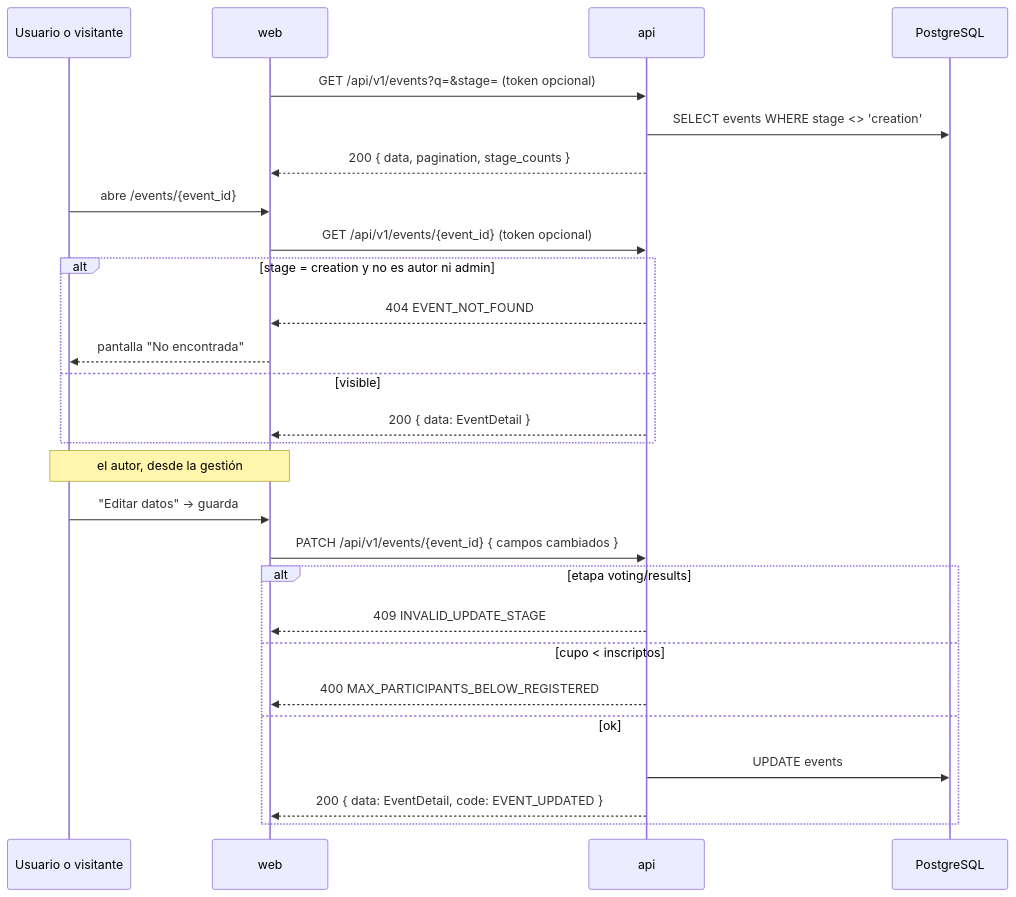
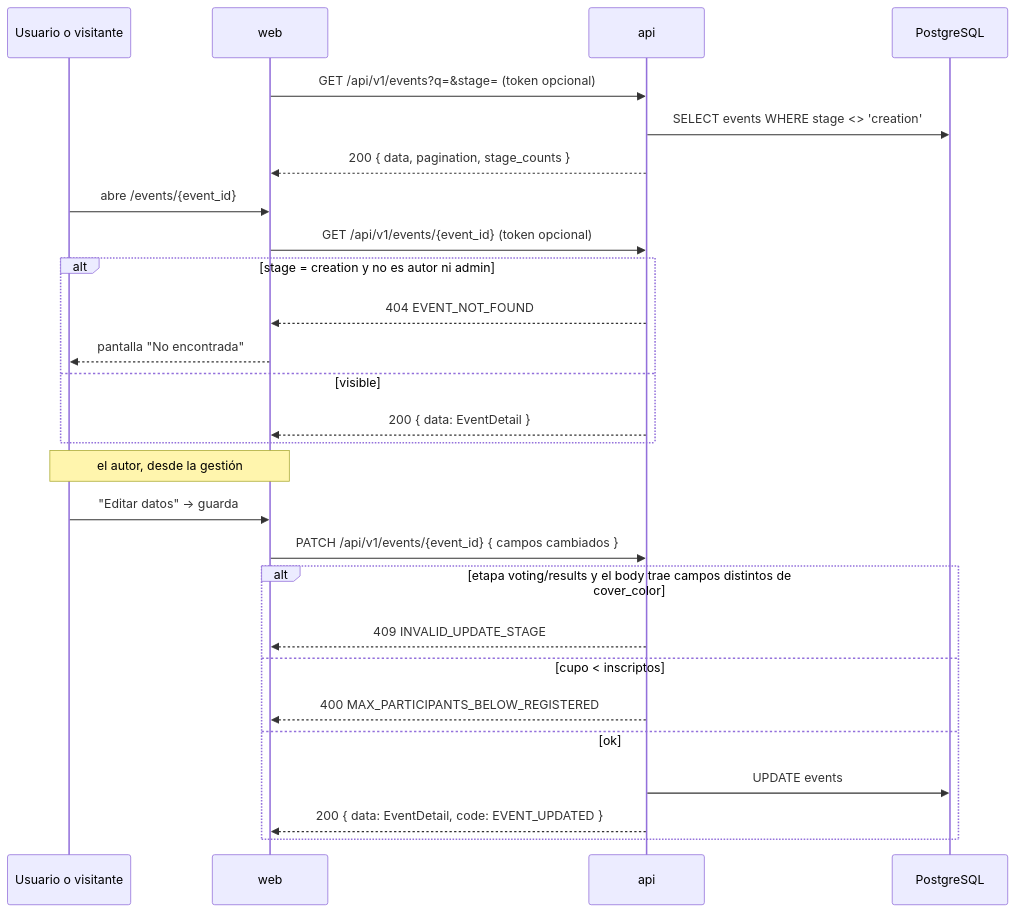
One commit to gravadigital/telescope changed the diagram in docs/flows/edicion-y-visibilidad-del-evento.md. Above: the diagram before and after it, drawn with Mermaid. The commit also changed other lines of this file and 15 other files, not shown here.

````diff
--- a/docs/flows/edicion-y-visibilidad-del-evento.md
+++ b/docs/flows/edicion-y-visibilidad-del-evento.md
@@ -36,32 +36,32 @@
 ```mermaid
 sequenceDiagram
     participant U as Usuario o visitante
     participant WEB as web
     participant API as api
     participant DB as PostgreSQL
 
     WEB->>API: GET /api/v1/events?q=&stage= (token opcional)
     API->>DB: SELECT events WHERE stage <> 'creation'
     API-->>WEB: 200 { data, pagination, stage_counts }
 
     U->>WEB: abre /events/{event_id}
     WEB->>API: GET /api/v1/events/{event_id} (token opcional)
     alt stage = creation y no es autor ni admin
         API-->>WEB: 404 EVENT_NOT_FOUND
         WEB-->>U: pantalla "No encontrada"
     else visible
         API-->>WEB: 200 { data: EventDetail }
     end
 
     Note over U,WEB: el autor, desde la gestión
     U->>WEB: "Editar datos" → guarda
     WEB->>API: PATCH /api/v1/events/{event_id} { campos cambiados }
-    alt etapa voting/results
+    alt etapa voting/results y el body trae campos distintos de cover_color
         API-->>WEB: 409 INVALID_UPDATE_STAGE
     else cupo < inscriptos
         API-->>WEB: 400 MAX_PARTICIPANTS_BELOW_REGISTERED
     else ok
         API->>DB: UPDATE events
         API-->>WEB: 200 { data: EventDetail, code: EVENT_UPDATED }
     end
 ```
````
